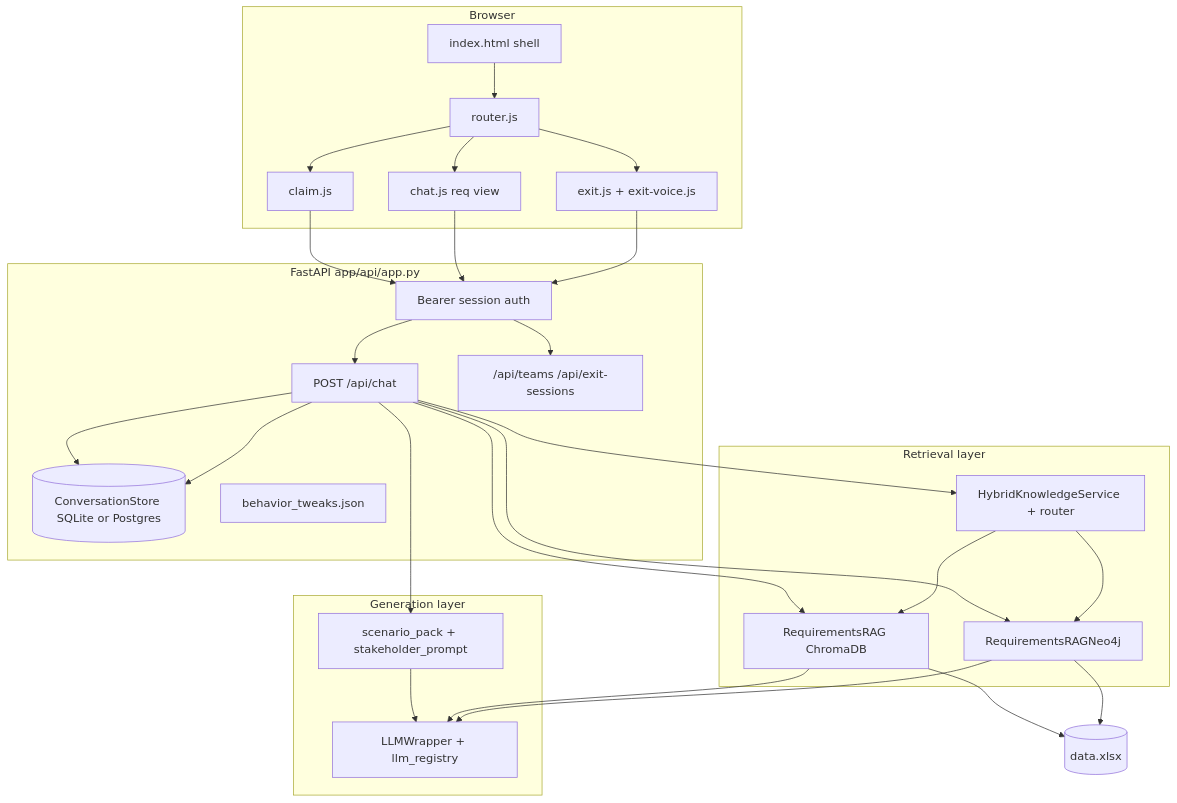
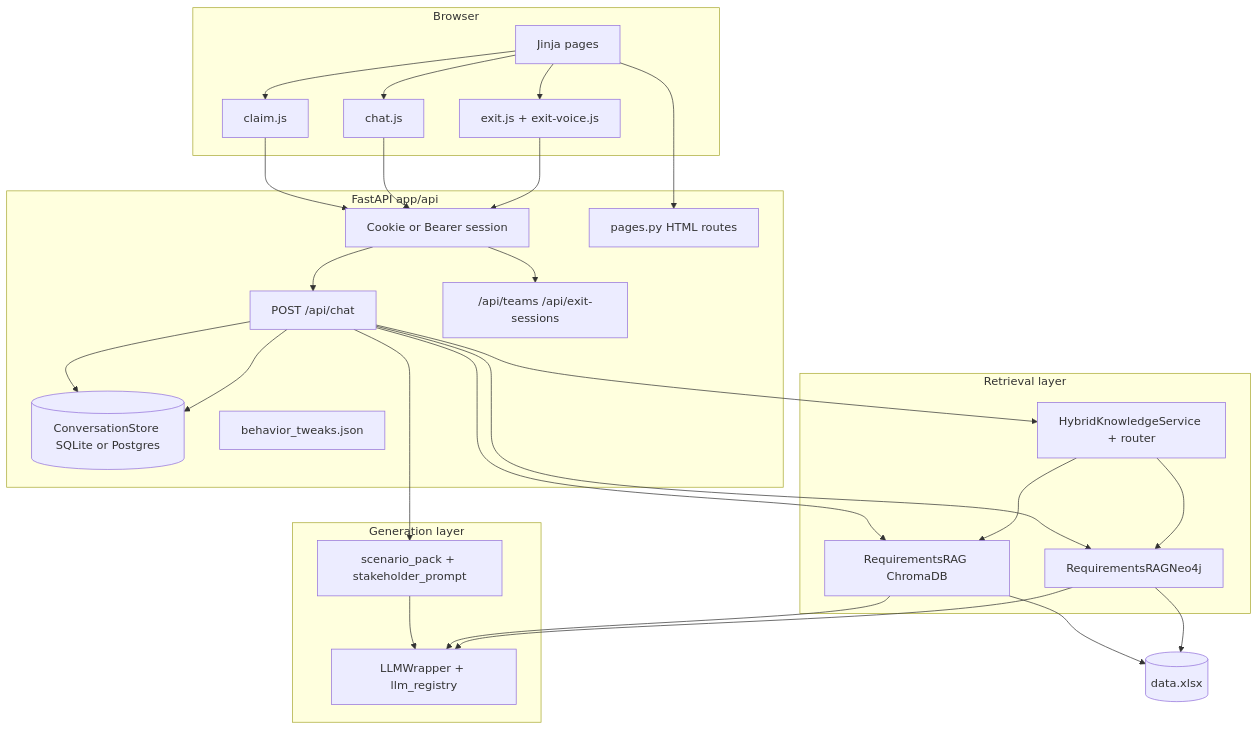
The diagram in README.md (Snickdx/sellm), drawn with Mermaid before and after one commit. The commit also changed other lines of this file and 43 other files, not shown here.

Commit message:
Refactor student UI to multi-page structure using Jinja templates, replacing the unified shell. Update API responses to use JSON and session cookies for authentication. Remove deprecated router.js and shell-extra.css files. Enhance admin UI navigation and improve exit session handling.

````diff
--- a/README.md
+++ b/README.md
@@ -184,54 +184,54 @@
 ```mermaid
 flowchart TB
   subgraph client [Browser]
-    Shell[index.html shell]
-    Router[router.js]
+    Pages[Jinja pages]
     Claim[claim.js]
-    ChatUI[chat.js req view]
+    ChatUI[chat.js]
     ExitUI[exit.js + exit-voice.js]
   end
 
-  subgraph api [FastAPI app/api/app.py]
-    Auth[Bearer session auth]
+  subgraph api [FastAPI app/api]
+    Auth[Cookie or Bearer session]
+    PagesAPI[pages.py HTML routes]
     Chat[POST /api/chat]
     ExitAPI["/api/teams /api/exit-sessions"]
     Store[(ConversationStore SQLite or Postgres)]
     Tweaks[behavior_tweaks.json]
   end
 
   subgraph retrieval [Retrieval layer]
     Vector[RequirementsRAG ChromaDB]
     Graph[RequirementsRAGNeo4j]
     Hybrid[HybridKnowledgeService + router]
   end
 
   subgraph generation [Generation layer]
     Scenario[scenario_pack + stakeholder_prompt]
     LLM[LLMWrapper + llm_registry]
   end
 
   KB[(data.xlsx)]
 
-  Shell --> Router
-  Router --> Claim
-  Router --> ChatUI
-  Router --> ExitUI
+  Pages --> Claim
+  Pages --> ChatUI
+  Pages --> ExitUI
+  Pages --> PagesAPI
   Claim --> Auth
   ChatUI --> Auth
   ExitUI --> Auth
   Auth --> Chat
   Auth --> ExitAPI
   Chat --> Store
   Chat --> Hybrid
   Chat --> Vector
   Chat --> Graph
   Hybrid --> Vector
   Hybrid --> Graph
   Vector --> KB
   Graph --> KB
   Chat --> Scenario
   Scenario --> LLM
   Vector --> LLM
   Graph --> LLM
   Chat --> Store
 ```
````
